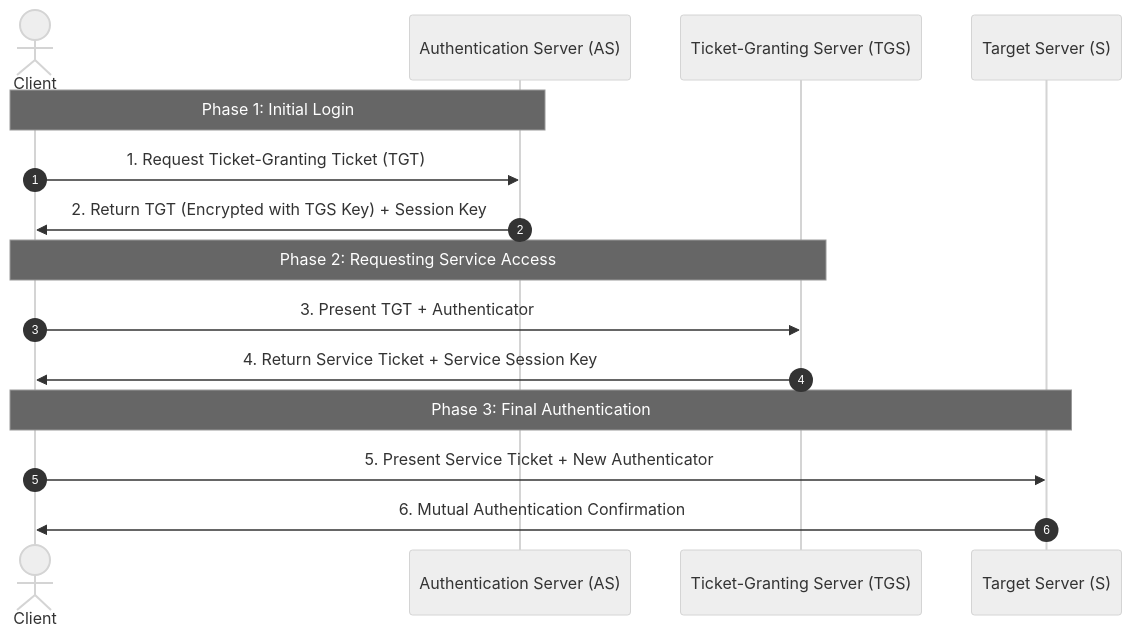
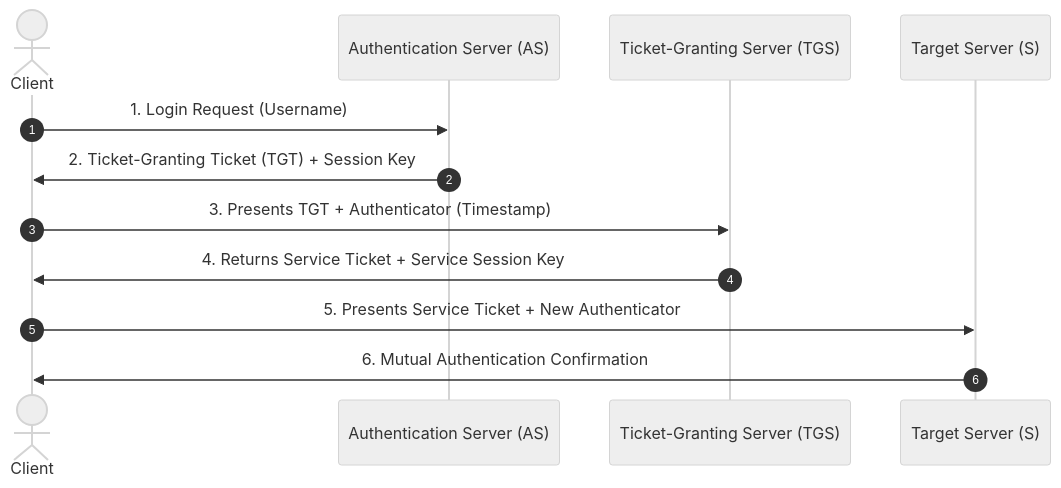
The first of 4 diagrams in 03-Academics/Network_Security/Kerberos.md (namaewafaisal/Obsidian_Vault), drawn with Mermaid (neutral theme) before and after one commit. The commit also changed other lines of this file, not shown here.

````diff
--- a/03-Academics/Network_Security/Kerberos.md
+++ b/03-Academics/Network_Security/Kerberos.md
@@ -27,21 +26,16 @@
 ```mermaid
 sequenceDiagram
     autonumber
     actor C as Client
     participant AS as Authentication Server (AS)
     participant TGS as Ticket-Granting Server (TGS)
     participant S as Target Server (S)
     
-    Note over C, AS: Phase 1: Initial Login
-    C->>AS: 1. Request Ticket-Granting Ticket (TGT)
-    AS->>C: 2. Return TGT (Encrypted with TGS Key) + Session Key
-    
-    Note over C, TGS: Phase 2: Requesting Service Access
-    C->>TGS: 3. Present TGT + Authenticator
-    TGS->>C: 4. Return Service Ticket + Service Session Key
-    
-    Note over C, S: Phase 3: Final Authentication
-    C->>S: 5. Present Service Ticket + New Authenticator
+    C->>AS: 1. Login Request (Username)
+    AS->>C: 2. Ticket-Granting Ticket (TGT) + Session Key
+    C->>TGS: 3. Presents TGT + Authenticator (Timestamp)
+    TGS->>C: 4. Returns Service Ticket + Service Session Key
+    C->>S: 5. Presents Service Ticket + New Authenticator
     S->>C: 6. Mutual Authentication Confirmation
 
 ```
````
